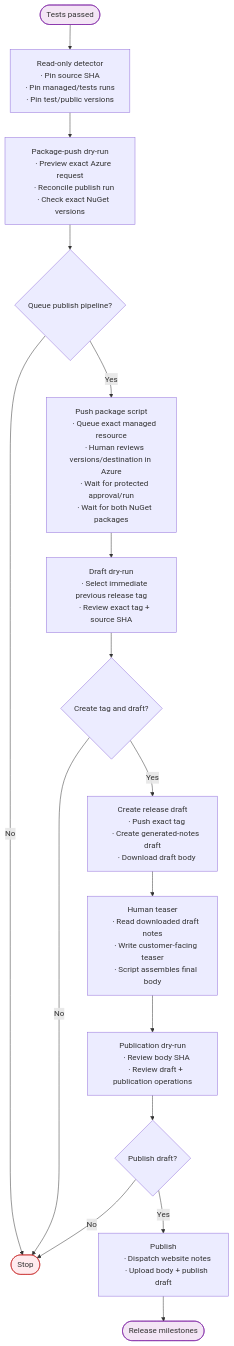
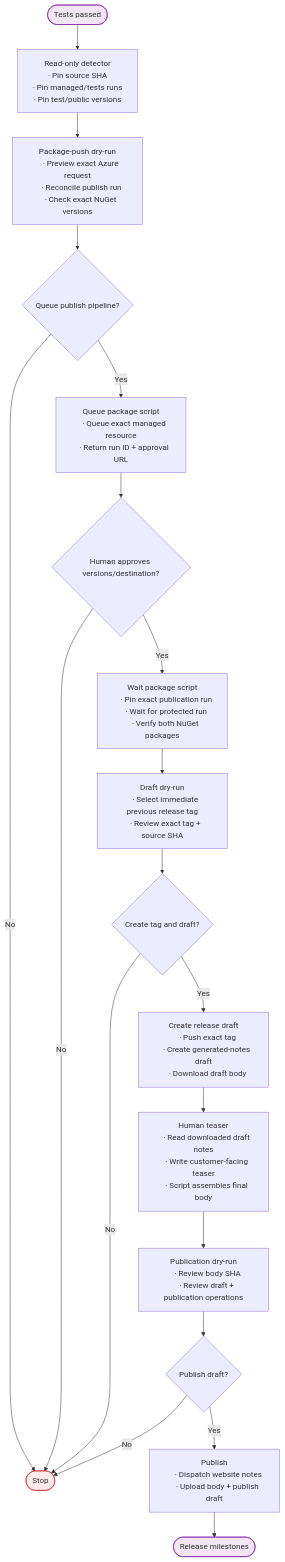
Before and after one commit to mono/SkiaSharp: the third of 4 diagrams in documentation/dev/releasing.md, drawn with Mermaid. The commit also changed 5 other files, not shown here.

First line of the commit message:
Split package publication queue and wait

````diff
--- a/documentation/dev/releasing.md
+++ b/documentation/dev/releasing.md
@@ -229,45 +229,49 @@
 ```mermaid
 flowchart TB
     START([Tests passed]) --> DETECT
     DETECT["Read-only detector
     ∙ Pin source SHA
     ∙ Pin managed/tests runs
     ∙ Pin test/public versions"] --> PUSH_AUDIT
     PUSH_AUDIT["Package-push dry-run
     ∙ Preview exact Azure request
     ∙ Reconcile publish run
     ∙ Check exact NuGet versions"] --> APPROVE1{Queue publish pipeline?}
     APPROVE1 -->|No| STOP([Stop])
     APPROVE1 -->|Yes| PUSH
-    PUSH["Push package script
+    PUSH["Queue package script
     ∙ Queue exact managed resource
-    ∙ Human reviews versions/destination in Azure
-    ∙ Wait for protected approval/run
-    ∙ Wait for both NuGet packages"] --> DRAFT_AUDIT
+    ∙ Return run ID + approval URL"] --> AZURE_APPROVAL{Human approves versions/destination?}
+    AZURE_APPROVAL -->|No| STOP
+    AZURE_APPROVAL -->|Yes| WAIT
+    WAIT["Wait package script
+    ∙ Pin exact publication run
+    ∙ Wait for protected run
+    ∙ Verify both NuGet packages"] --> DRAFT_AUDIT
     DRAFT_AUDIT["Draft dry-run
     ∙ Select immediate previous release tag
     ∙ Review exact tag + source SHA"] --> APPROVE2{Create tag and draft?}
     APPROVE2 -->|No| STOP
     APPROVE2 -->|Yes| DRAFT
     DRAFT["Create release draft
     ∙ Push exact tag
     ∙ Create generated-notes draft
     ∙ Download draft body"] --> TEASER
     TEASER["Human teaser
     ∙ Read downloaded draft notes
     ∙ Write customer-facing teaser
     ∙ Script assembles final body"] --> PUBLICATION_AUDIT
     PUBLICATION_AUDIT["Publication dry-run
     ∙ Review body SHA
     ∙ Review draft + publication operations"] --> APPROVE3{Publish draft?}
     APPROVE3 -->|No| STOP
     APPROVE3 -->|Yes| PUBLISH
     PUBLISH["Publish
     ∙ Dispatch website notes
     ∙ Upload body + publish draft"] --> HANDOFF([Release milestones])
 
     classDef error fill:#ffebee,stroke:#c62828
     classDef endpoint fill:#f3e5f5,stroke:#7b1fa2
     class STOP error
     class START,HANDOFF endpoint
 ```
````
